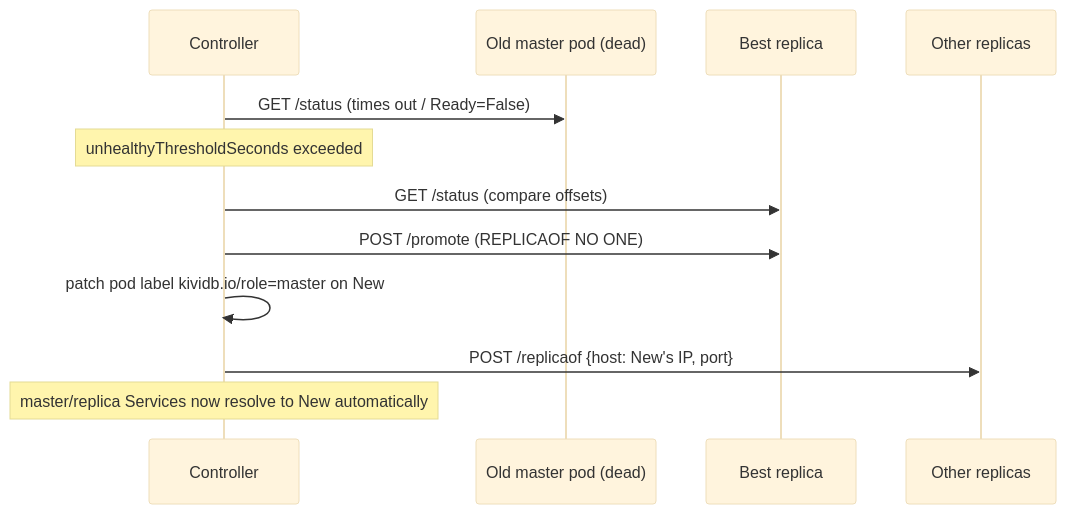
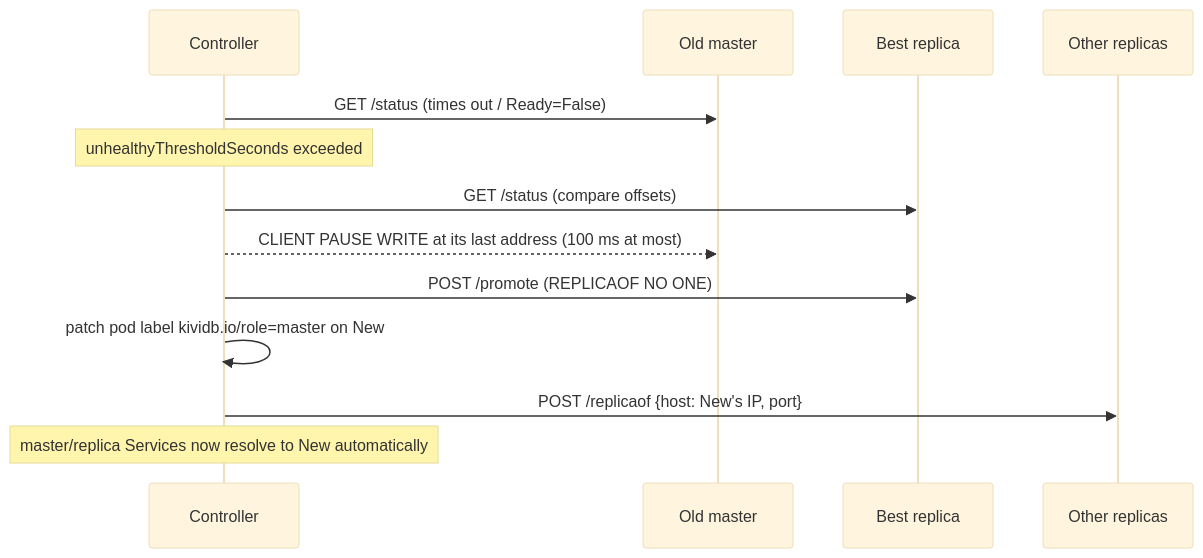
The second of 2 diagrams in docs/ARCHITECTURE.md (kividbio/kividb-operator), drawn with Mermaid (base theme) before and after one commit. The commit also changed other lines of this file and 6 other files, not shown here.

Commit message:
Replicated: hold the old master's writes before a failover (#53)

````diff
--- a/docs/ARCHITECTURE.md
+++ b/docs/ARCHITECTURE.md
@@ -217,15 +224,16 @@
 ```mermaid
 sequenceDiagram
     participant Ctrl as Controller
-    participant Old as Old master pod (dead)
+    participant Old as Old master
     participant New as Best replica
     participant Others as Other replicas
 
     Ctrl->>Old: GET /status (times out / Ready=False)
     Note over Ctrl: unhealthyThresholdSeconds exceeded
     Ctrl->>New: GET /status (compare offsets)
+    Ctrl-->>Old: CLIENT PAUSE WRITE at its last address (100 ms at most)
     Ctrl->>New: POST /promote  (REPLICAOF NO ONE)
     Ctrl->>Ctrl: patch pod label kividb.io/role=master on New
     Ctrl->>Others: POST /replicaof {host: New's IP, port}
     Note over Ctrl: master/replica Services now resolve to New automatically
 ```
````
